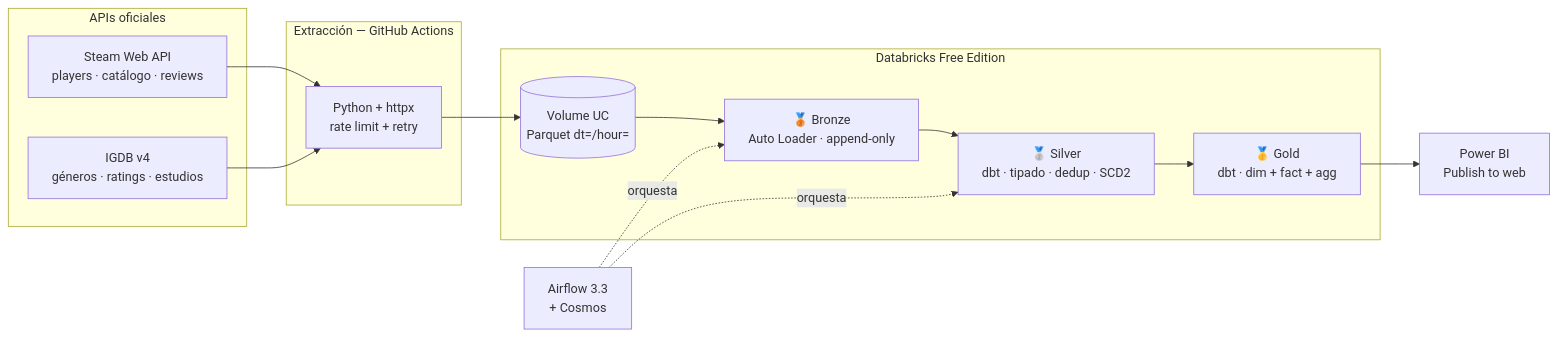
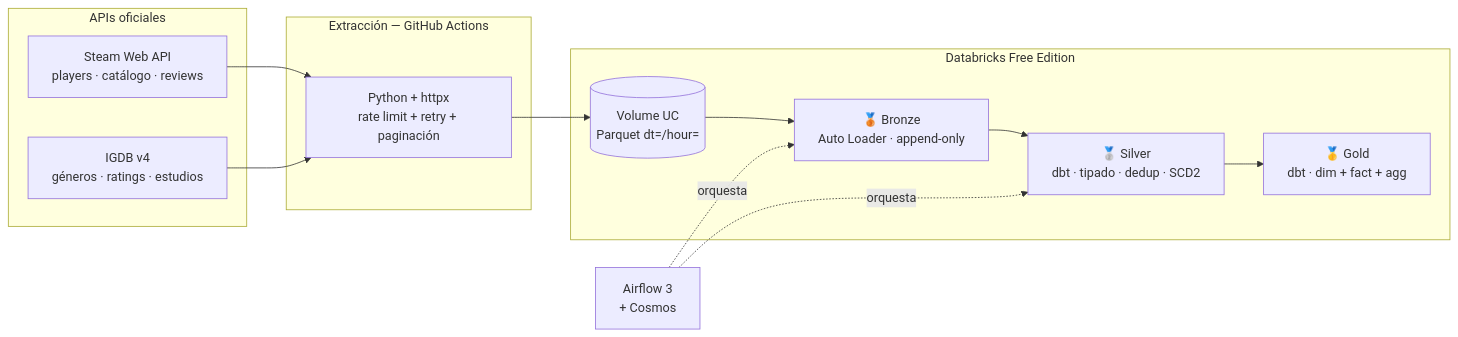
The diagram in README.md (jhordan64/steam-lakehouse), drawn with Mermaid before and after one commit. The commit also changed other lines of this file, not shown here.

````diff
--- a/README.md
+++ b/README.md
@@ -34,27 +41,26 @@
 ```mermaid
 flowchart LR
     subgraph fuentes["APIs oficiales"]
         S["Steam Web API<br/>players · catálogo · reviews"]
         I["IGDB v4<br/>géneros · ratings · estudios"]
     end
 
     subgraph extraccion["Extracción — GitHub Actions"]
-        P["Python + httpx<br/>rate limit + retry"]
+        P["Python + httpx<br/>rate limit + retry + paginación"]
     end
 
     subgraph lakehouse["Databricks Free Edition"]
         V[("Volume UC<br/>Parquet dt=/hour=")]
         B["🥉 Bronze<br/>Auto Loader · append-only"]
         SI["🥈 Silver<br/>dbt · tipado · dedup · SCD2"]
         G["🥇 Gold<br/>dbt · dim + fact + agg"]
     end
 
-    A["Airflow 3.3<br/>+ Cosmos"]
-    BI["Power BI<br/>Publish to web"]
+    A["Airflow 3<br/>+ Cosmos"]
 
     S --> P
     I --> P
-    P --> V --> B --> SI --> G --> BI
+    P --> V --> B --> SI --> G
     A -.orquesta.-> B
     A -.orquesta.-> SI
 ```
````
